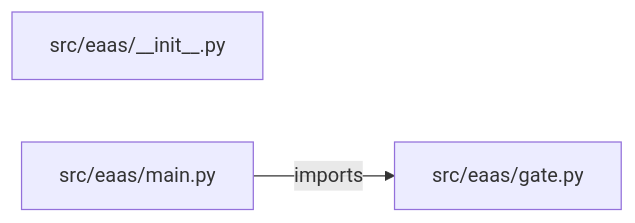
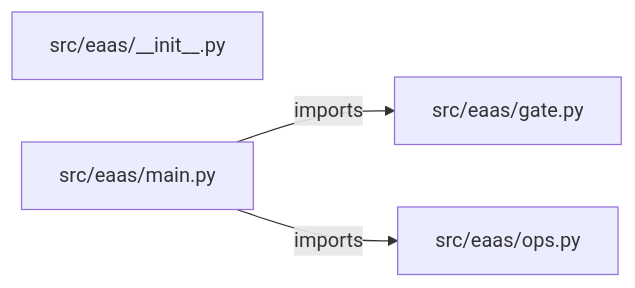
Before and after one commit to iarsingh/environment-as-a-service-platform: the diagram in PROJECT_ARCHITECTURE.md, drawn with Mermaid. The commit also changed other lines of this file and 2 other files, not shown here.

Commit message:
Refresh architecture and interview guides from current implementation

````diff
--- a/PROJECT_ARCHITECTURE.md
+++ b/PROJECT_ARCHITECTURE.md
@@ -13,7 +13,9 @@
 ```mermaid
 flowchart LR
     M0["src/eaas/__init__.py"]
     M1["src/eaas/gate.py"]
     M2["src/eaas/main.py"]
+    M3["src/eaas/ops.py"]
     M2 -->|imports| M1
+    M2 -->|imports| M3
 ```
````
